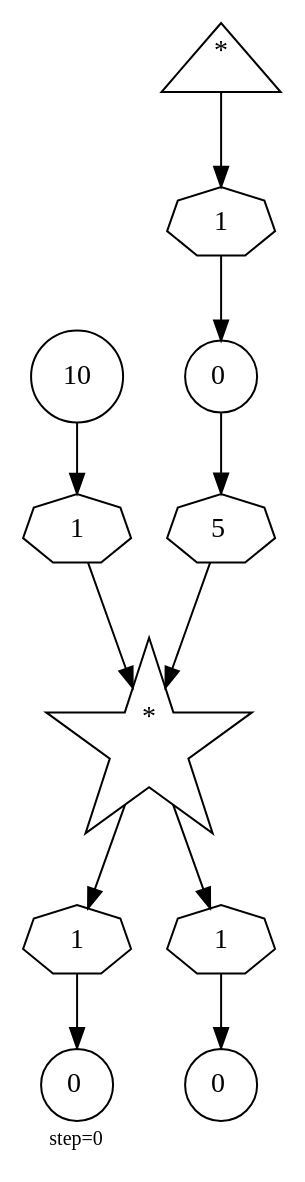
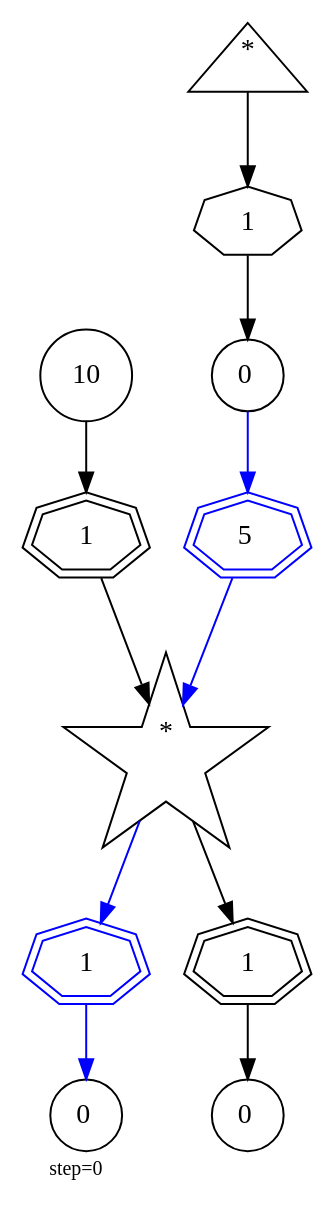
Before and after one commit to abarbu/machinations: the diagram in ours/101-objects/0011.dot, drawn with Graphviz. The commit also changed 191 other files, not shown here.

```diff
--- a/ours/101-objects/0011.dot
+++ b/ours/101-objects/0011.dot
@@ -1,24 +1,24 @@
 digraph {
   graph  [labelloc=bottom,labeljust=left,fontsize="10",label="step=0"];
   "74" [shape=circle,peripheries="1",label=<0>,labelfontcolor=black,color=black];
   "75" [shape=star,peripheries="1",label=<<SUP>*</SUP>>,labelfontcolor=black,color=black];
   "77" [shape=circle,peripheries="1",label=<0>,labelfontcolor=black,color=black];
   "79" [shape=circle,peripheries="1",label=<0>,labelfontcolor=black,color=black];
   "80" [shape=circle,peripheries="1",label=<10>,labelfontcolor=Black,color=black];
   "83" [shape=triangle,peripheries="1",label=<<SUP>*</SUP>>,labelfontcolor=black,color=black];
-  "76" [label=<5>,peripheries="1",color=black,shape=septagon];
-  "74" -> "76" [color=black];
-  "76" -> "75" [color=black];
-  "78" [label=<1>,peripheries="1",color=black,shape=septagon];
-  "75" -> "78" [color=black];
-  "78" -> "77" [color=black];
-  "81" [label=<1>,peripheries="1",color=black,shape=septagon];
-  "75" -> "81" [color=black];
-  "81" -> "79" [color=black];
-  "82" [label=<1>,peripheries="1",color=black,shape=septagon];
-  "80" -> "82" [color=black];
-  "82" -> "75" [color=black];
+  "76" [label=<5>,peripheries="2",color=Blue,shape=septagon];
+  "74" -> "76" [color=Blue];
+  "76" -> "75" [color=Blue];
+  "78" [label=<1>,peripheries="2",color=Blue,shape=septagon];
+  "75" -> "78" [color=Blue];
+  "78" -> "77" [color=Blue];
+  "81" [label=<1>,peripheries="2",color=Black,shape=septagon];
+  "75" -> "81" [color=Black];
+  "81" -> "79" [color=Black];
+  "82" [label=<1>,peripheries="2",color=Black,shape=septagon];
+  "80" -> "82" [color=Black];
+  "82" -> "75" [color=Black];
   "84" [label=<1>,peripheries="1",color=black,shape=septagon];
   "83" -> "84" [color=black];
   "84" -> "74" [color=black];
 }
```
